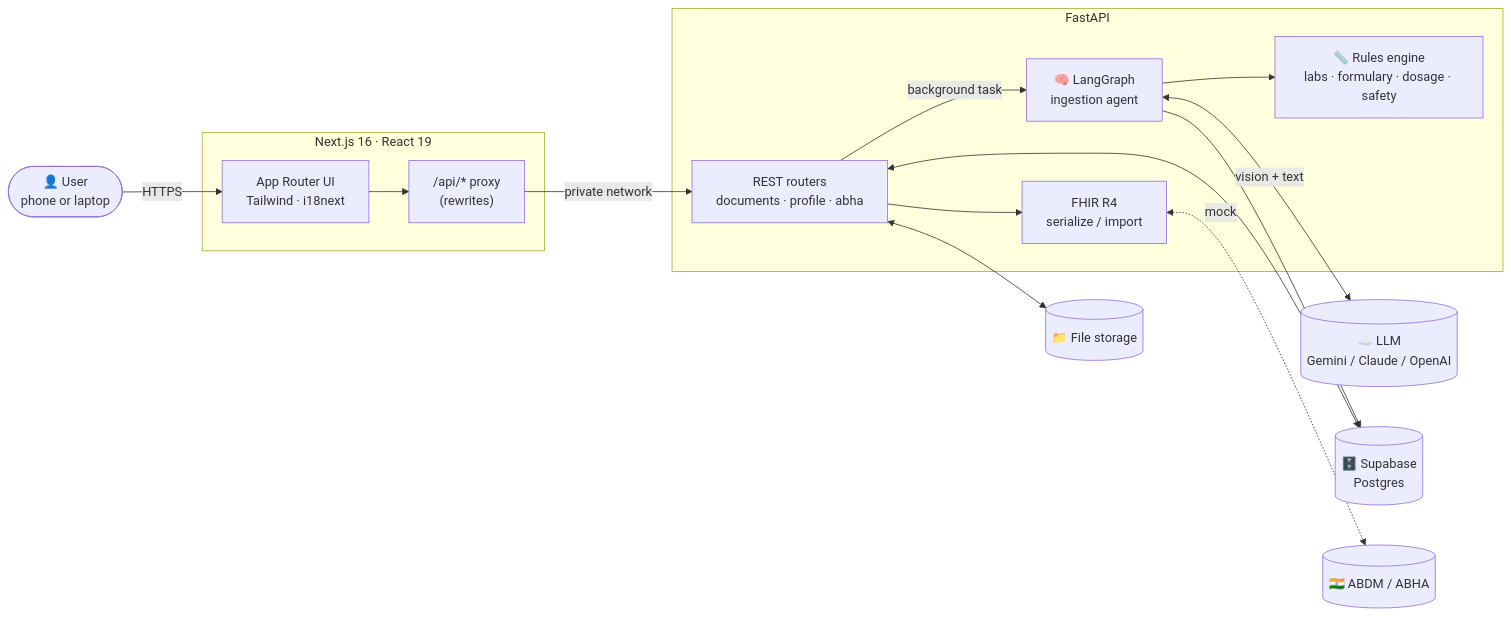
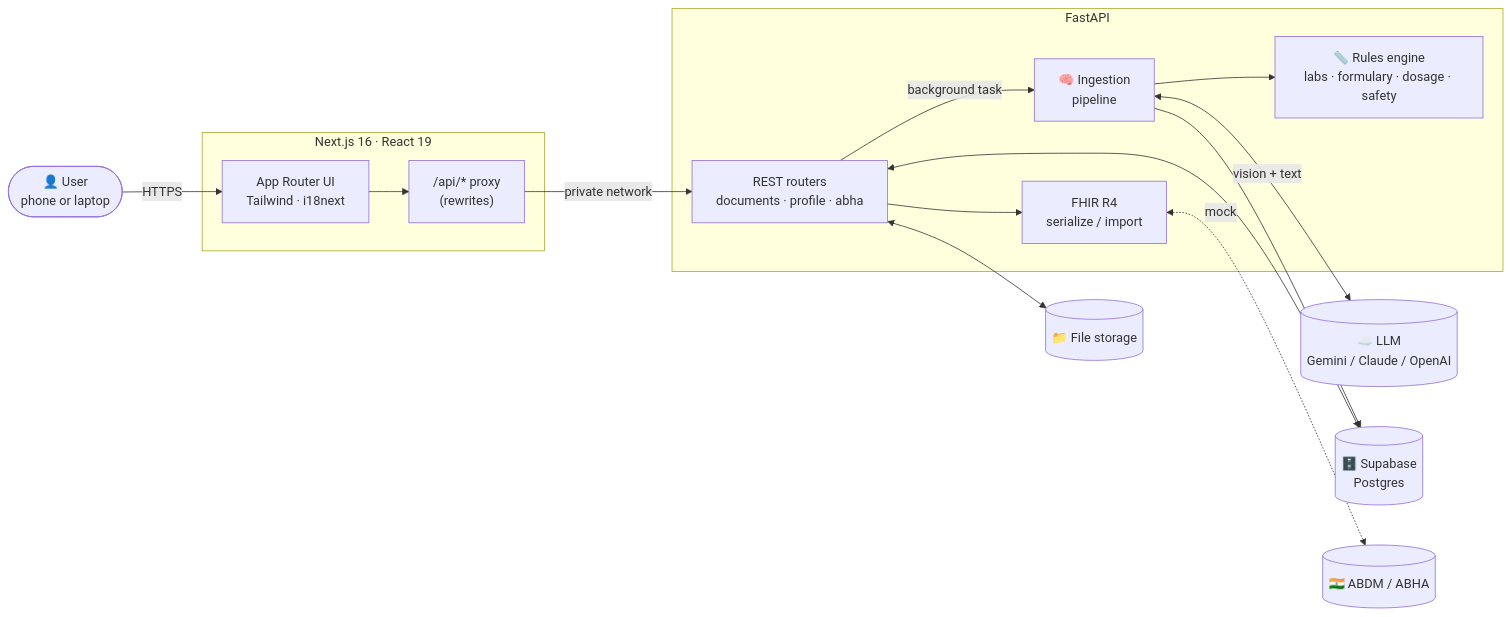
The first of 5 diagrams in README.md (ProgVon/AI-Powered-Personal-Health-Copilot-RB-21), drawn with Mermaid before and after one commit. The commit also changed other lines of this file and 17 other files, not shown here.

````diff
--- a/README.md
+++ b/README.md
@@ -62,27 +61,27 @@
 ```mermaid
 flowchart LR
     U(["👤 User<br/>phone or laptop"]) -->|HTTPS| W
 
     subgraph Frontend["Next.js 16 · React 19"]
         W["App Router UI<br/>Tailwind · i18next"]
         P["/api/* proxy<br/>(rewrites)"]
         W --> P
     end
 
     subgraph Backend["FastAPI"]
         R["REST routers<br/>documents · profile · abha"]
-        G["🧠 LangGraph<br/>ingestion agent"]
+        G["🧠 Ingestion<br/>pipeline"]
         RU["📏 Rules engine<br/>labs · formulary · dosage · safety"]
         F["FHIR R4<br/>serialize / import"]
         R -->|background task| G
         G --> RU
         R --> F
     end
 
     P -->|private network| R
     G <-->|"vision + text"| LLM[("☁️ LLM<br/>Gemini / Claude / OpenAI")]
     R <--> DB[("🗄️ Supabase<br/>Postgres")]
     G --> DB
     R <--> FS[("📁 File storage")]
     F <-.->|mock| ABDM[("🇮🇳 ABDM / ABHA")]
 ```
````
